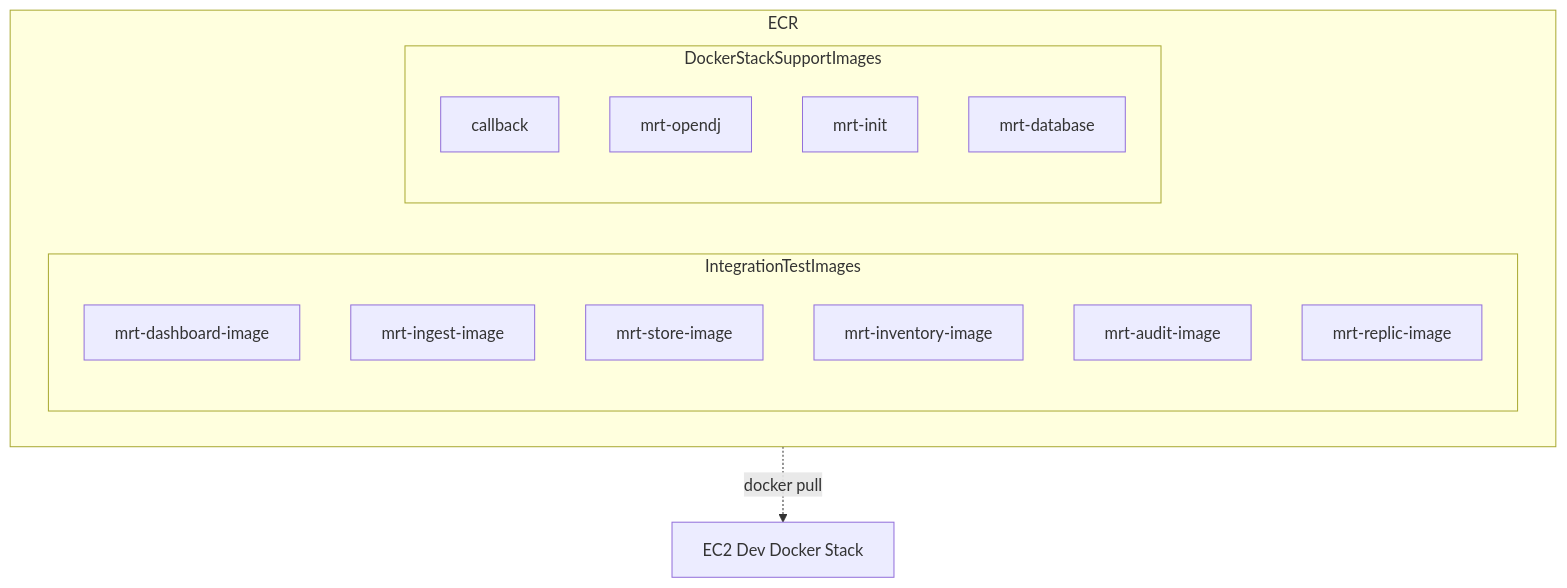
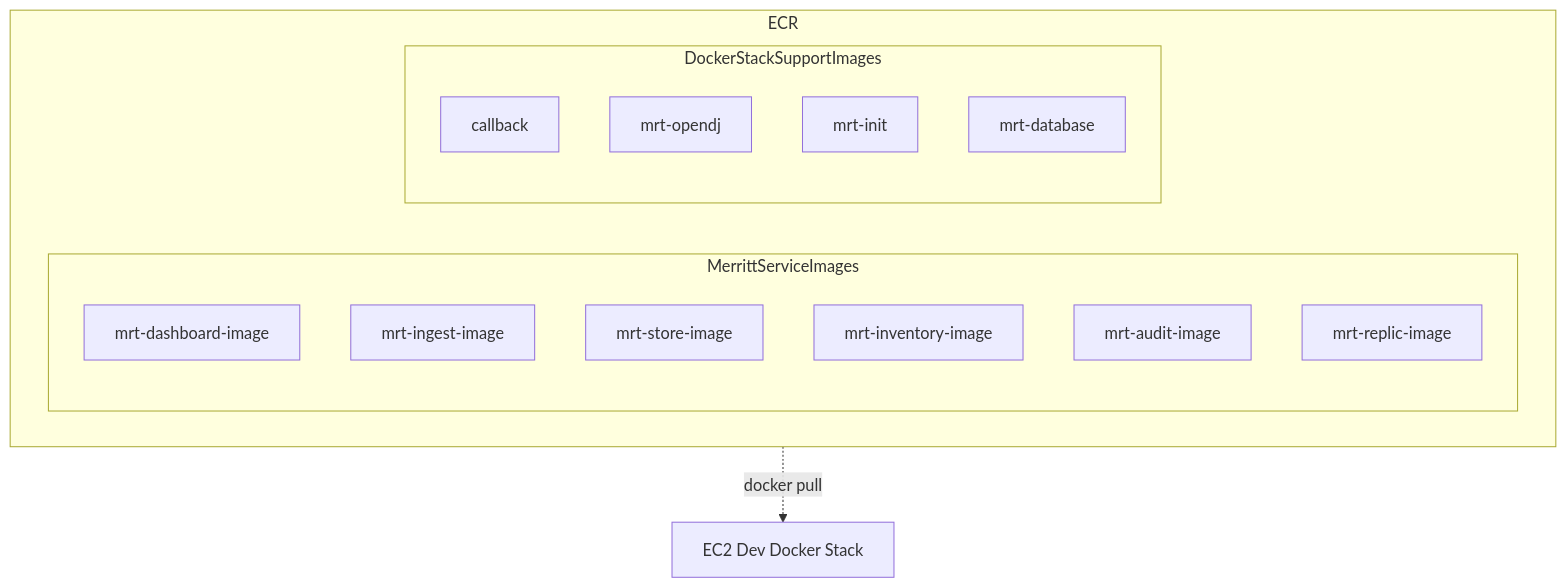
Before and after one commit to CDLUC3/mrt-doc: the seventh of 13 diagrams in design/aws-build/README.md, drawn with Mermaid. The commit also changed other lines of this file, not shown here.

````diff
--- a/design/aws-build/README.md
+++ b/design/aws-build/README.md
@@ -154,22 +187,22 @@
 ```mermaid
 graph TD
   ECR -.-> |docker pull| EC2_Dev
   EC2_Dev[EC2 Dev Docker Stack]
   subgraph ECR
-    subgraph IntegrationTestImages
+    subgraph MerrittServiceImages
       mrt-dashboard-image
       mrt-ingest-image
       mrt-store-image
       mrt-inventory-image
       mrt-audit-image
       mrt-replic-image
     end
 
     subgraph DockerStackSupportImages
       callback
       mrt-opendj
       mrt-init
       mrt-database
     end
   end
 ```
````
